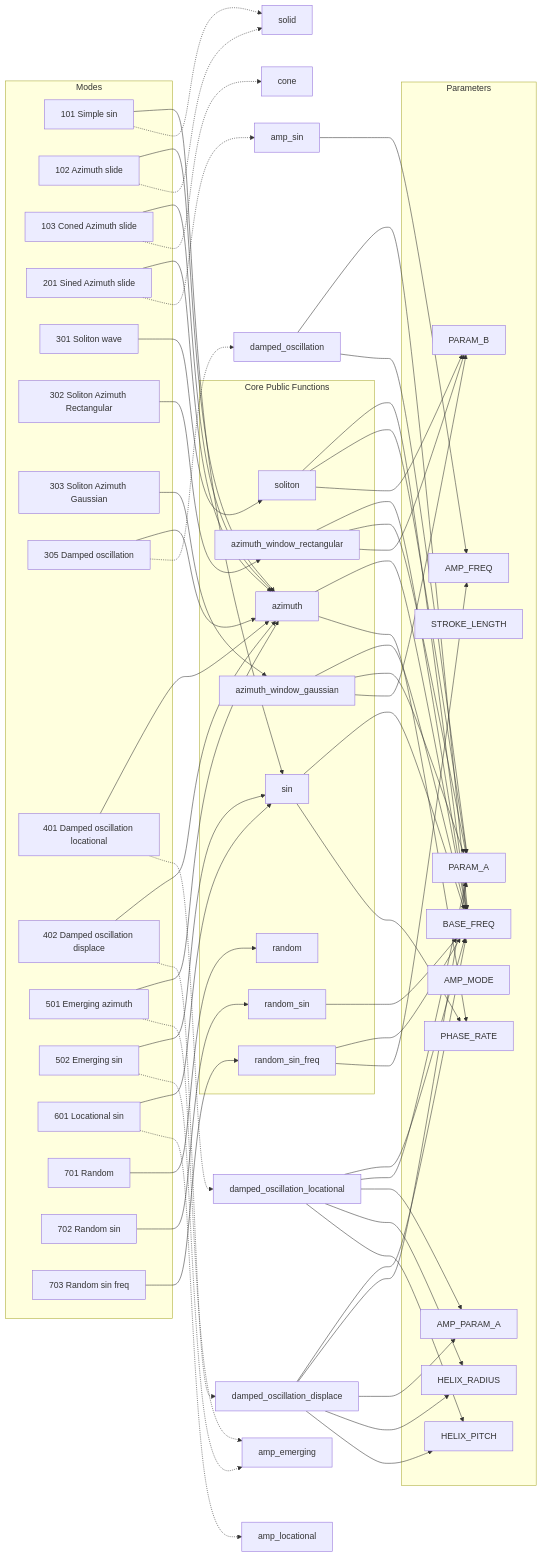
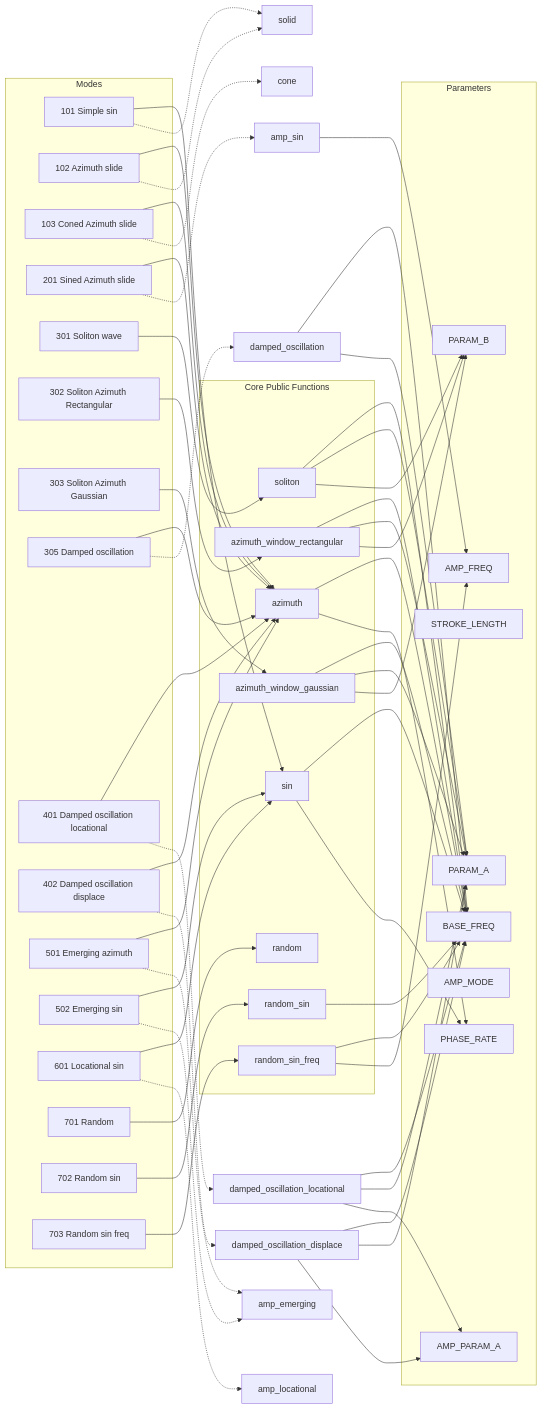
The diagram in modes.md (fumiya-nakano-DE/SDH_kfy25), drawn with Mermaid before and after one commit. The commit also changed other lines of this file and 32 other files, not shown here.

````diff
--- a/modes.md
+++ b/modes.md
@@ -45,8 +248,6 @@
         amp_mode_param["AMP_MODE"]
         amp_freq_param["AMP_FREQ"]
         amp_param_a["AMP_PARAM_A"]
-        helix_radius_param["HELIX_RADIUS"]
-        helix_pitch_param["HELIX_PITCH"]
     end
 
     %% Mode to Function Relationships
@@ -100,11 +301,7 @@
     damped_oscillation_locational --> base_freq_param
     damped_oscillation_locational --> param_a
     damped_oscillation_locational --> amp_param_a
-    damped_oscillation_locational --> helix_radius_param
-    damped_oscillation_locational --> helix_pitch_param
     damped_oscillation_displace --> base_freq_param
     damped_oscillation_displace --> param_a
     damped_oscillation_displace --> amp_param_a
-    damped_oscillation_displace --> helix_radius_param
-    damped_oscillation_displace --> helix_pitch_param
 ```
````
